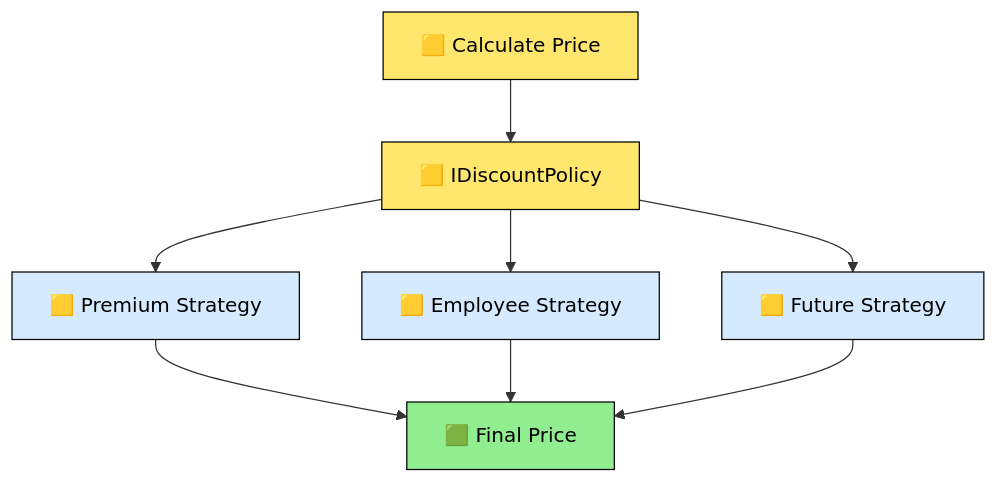
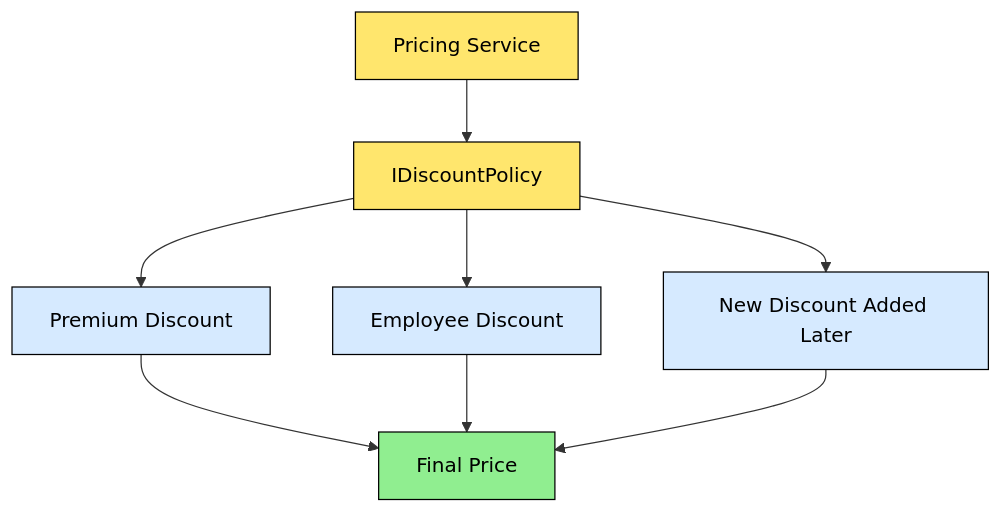
One commit to azam123/Engineering-Interview-Prep changed the third of 8 diagrams in 02-SOLID-Principles.md. Above: the diagram before and after it, drawn with Mermaid. The commit also changed other lines of this file, not shown here.

Commit message:
Rewrite SOLID guide with definitions, simple explanations, examples, diagrams, and scenario-based answers

````diff
--- a/02-SOLID-Principles.md
+++ b/02-SOLID-Principles.md
@@ -129,16 +153,16 @@
 ```mermaid
 flowchart TD
-    A[🟨 Calculate Price] --> B[🟨 IDiscountPolicy]
-    B --> C[🟨 Premium Strategy]
-    B --> D[🟨 Employee Strategy]
-    B --> E[🟨 Future Strategy]
-    C --> F[🟩 Final Price]
+    A[Pricing Service] --> B[IDiscountPolicy]
+    B --> C[Premium Discount]
+    B --> D[Employee Discount]
+    B --> E[New Discount Added Later]
+    C --> F[Final Price]
     D --> F
     E --> F
     style A fill:#ffe66d,color:#000,stroke:#000
     style B fill:#ffe66d,color:#000,stroke:#000
     style C fill:#d6eaff,color:#000,stroke:#000
     style D fill:#d6eaff,color:#000,stroke:#000
     style E fill:#d6eaff,color:#000,stroke:#000
     style F fill:#90ee90,color:#000,stroke:#000
 ```
````
